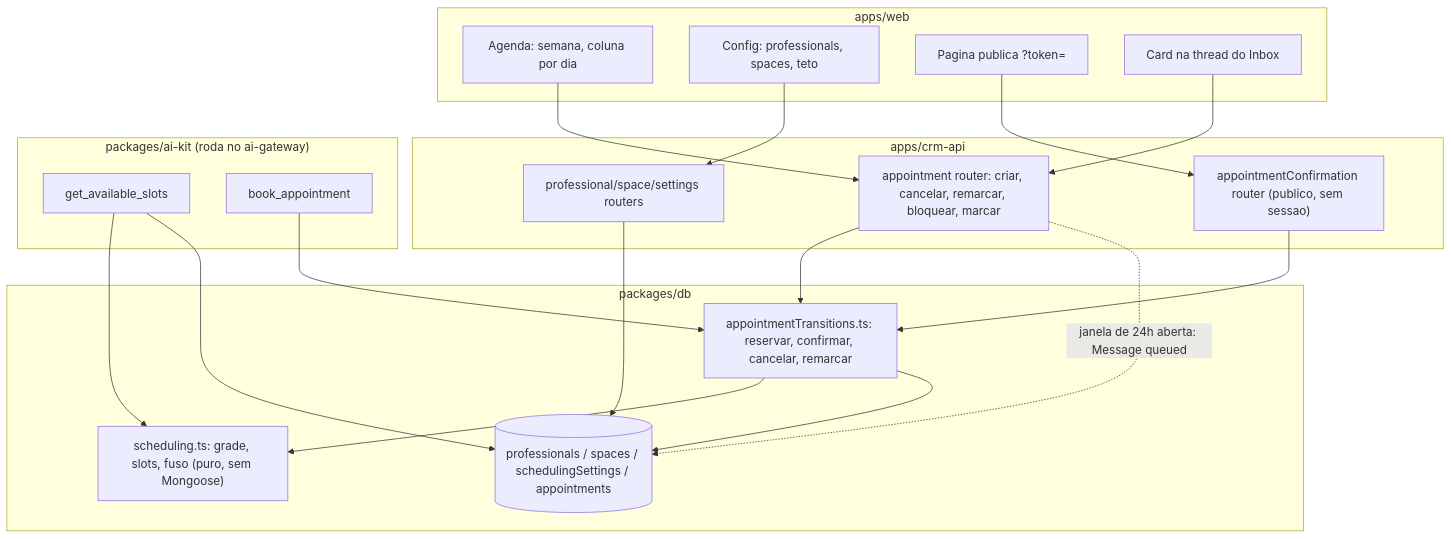
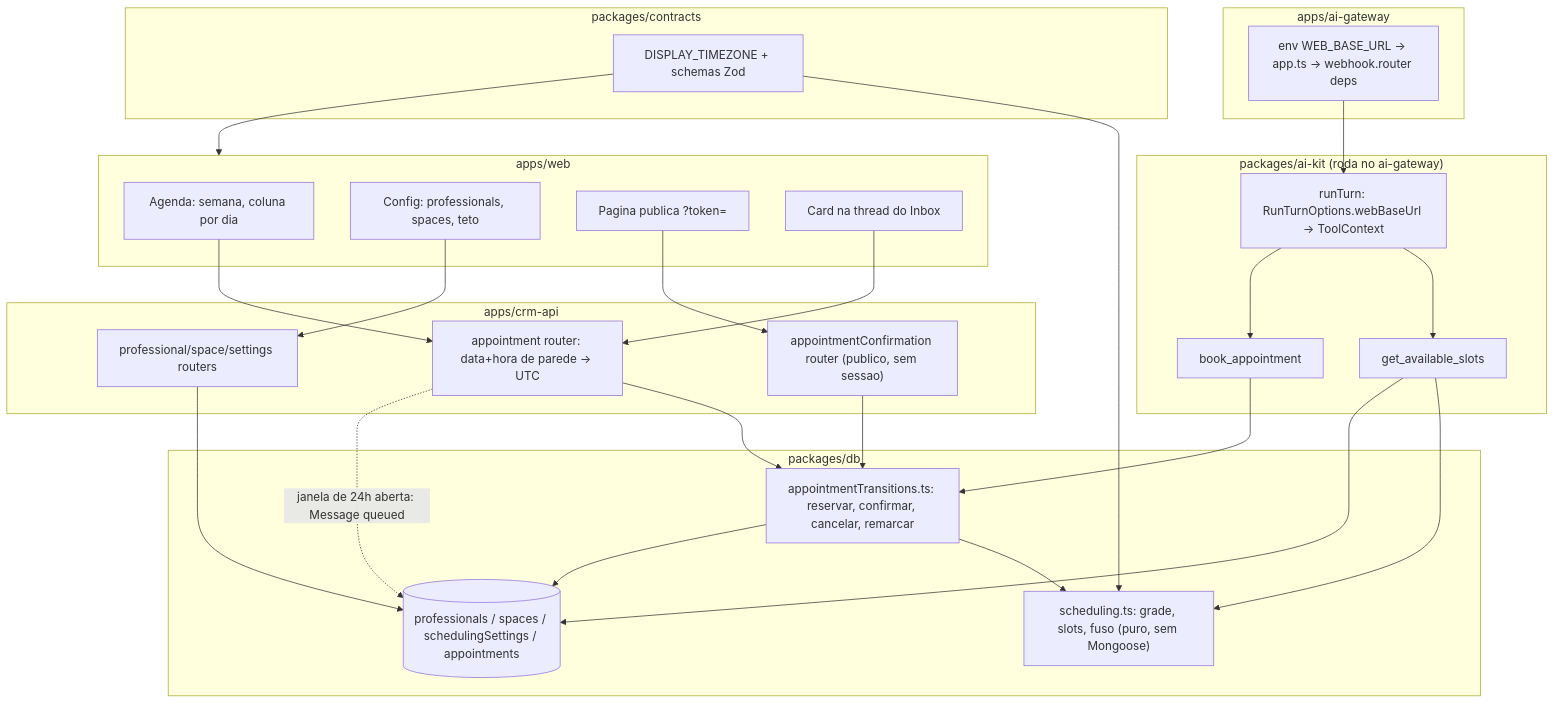
The diagram in .specs/features/scheduling/design.md (Yokuny/CRM), drawn with Mermaid before and after one commit. The commit also changed other lines of this file and 3 other files, not shown here.

````diff
--- a/.specs/features/scheduling/design.md
+++ b/.specs/features/scheduling/design.md
@@ -54,40 +76,54 @@
 ```mermaid
 graph TD
     subgraph web["apps/web"]
         CAL[Agenda: semana, coluna por dia]
         CFG[Config: professionals, spaces, teto]
         PUB["Pagina publica ?token="]
         IC[Card na thread do Inbox]
     end
 
+    subgraph ct["packages/contracts"]
+        TZ["DISPLAY_TIMEZONE + schemas Zod"]
+    end
+
     subgraph api["apps/crm-api"]
         PR[professional/space/settings routers]
-        AR[appointment router: criar, cancelar, remarcar, bloquear, marcar]
+        AR["appointment router: data+hora de parede -> UTC"]
         CR["appointmentConfirmation router (publico, sem sessao)"]
     end
 
+    subgraph gw["apps/ai-gateway"]
+        ENV["env WEB_BASE_URL -> app.ts -> webhook.router deps"]
+    end
+
     subgraph kit["packages/ai-kit (roda no ai-gateway)"]
+        RT["runTurn: RunTurnOptions.webBaseUrl -> ToolContext"]
         GS[get_available_slots]
         BA[book_appointment]
     end
 
     subgraph db["packages/db"]
         SC["scheduling.ts: grade, slots, fuso (puro, sem Mongoose)"]
         AT["appointmentTransitions.ts: reservar, confirmar, cancelar, remarcar"]
         MD[("professionals / spaces / schedulingSettings / appointments")]
     end
 
     CAL --> AR
     CFG --> PR
     IC --> AR
     PUB --> CR
+    TZ --> web
+    TZ --> SC
     PR --> MD
     AR --> AT
     CR --> AT
+    ENV --> RT
+    RT --> GS
+    RT --> BA
     GS --> SC
     GS --> MD
     BA --> AT
     AT --> SC
     AT --> MD
     AR -.janela de 24h aberta: Message queued.-> MD
 ```
````
